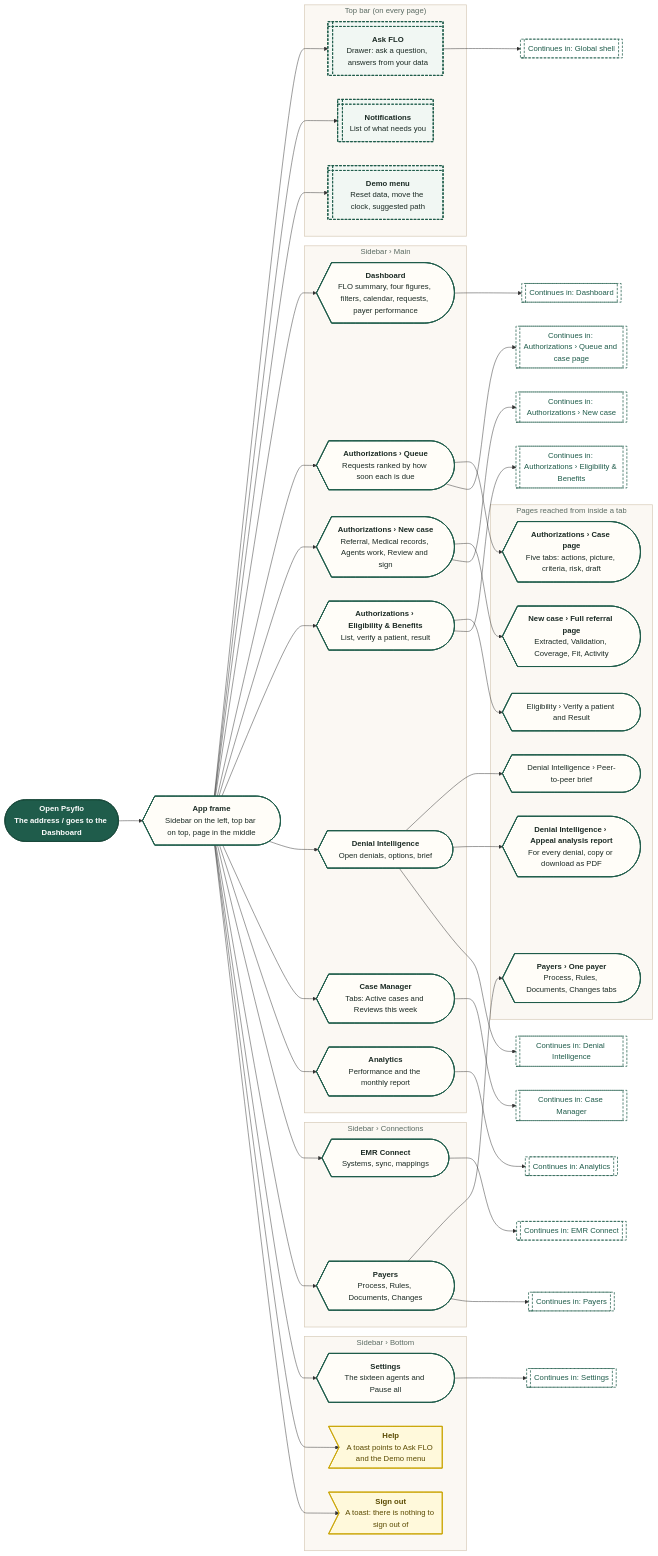
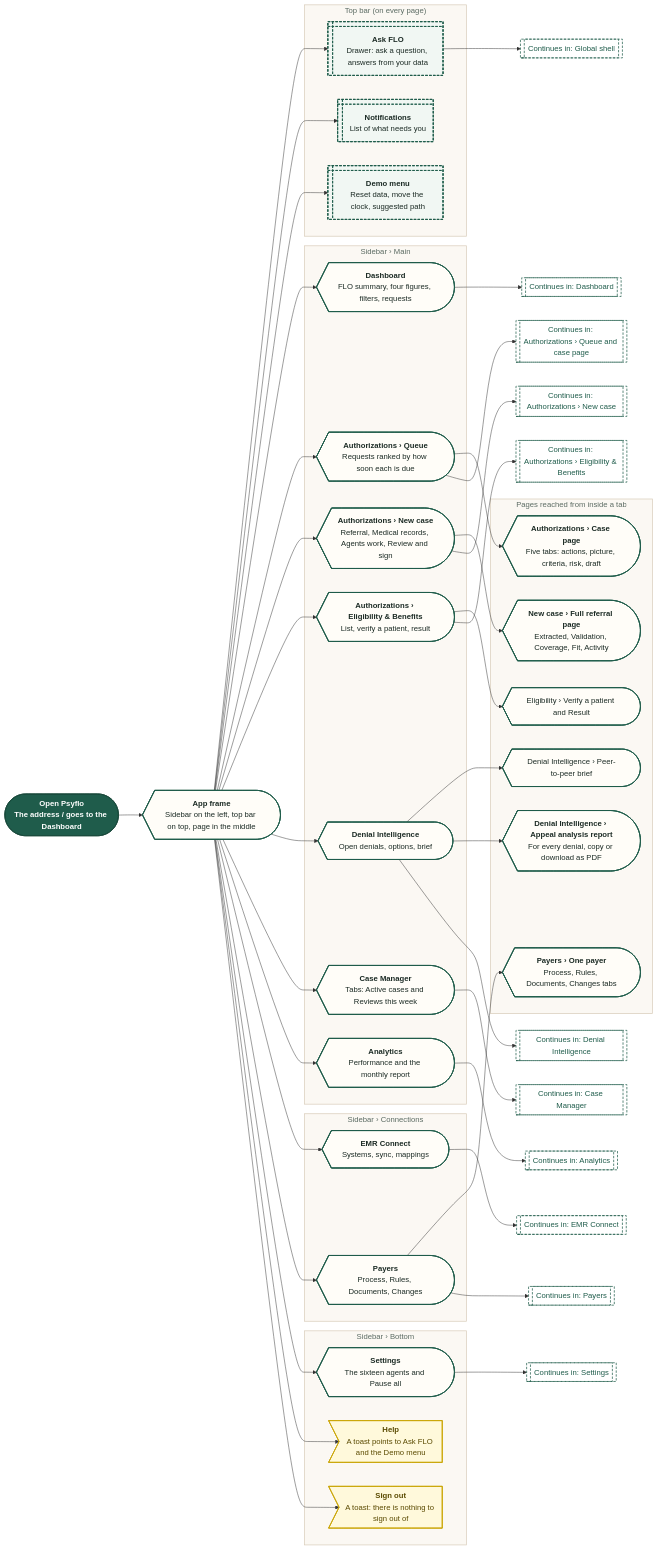
Before and after one commit to Shrav143/psyfloapp: the second of 3 diagrams in demos/prior-auth-demo/workflows/out/md/00-overview.md, drawn with Mermaid. The commit also changed 36 other files, not shown here.

First line of the commit message:
docs: diagrams and docs follow the removal of stage help, payer performance and the date range (242 diagrams)

```diff
--- a/demos/prior-auth-demo/workflows/out/md/00-overview.md
+++ b/demos/prior-auth-demo/workflows/out/md/00-overview.md
@@ -100,7 +100,7 @@
   demo@{ shape: win-pane, label: "<b>Demo menu</b><br/>Reset data, move the clock, suggested path" }
   end
   subgraph gMain ["Sidebar › Main"]
-  dash@{ shape: curv-trap, label: "<b>Dashboard</b><br/>FLO summary, four figures, filters, calendar, requests, payer performance" }
+  dash@{ shape: curv-trap, label: "<b>Dashboard</b><br/>FLO summary, four figures, filters, requests" }
   auth@{ shape: curv-trap, label: "<b>Authorizations › Queue</b><br/>Requests ranked by how soon each is due" }
   newc@{ shape: curv-trap, label: "<b>Authorizations › New case</b><br/>Referral, Medical records, Agents work, Review and sign" }
   elig@{ shape: curv-trap, label: "<b>Authorizations › Eligibility & Benefits</b><br/>List, verify a patient, result" }
```
